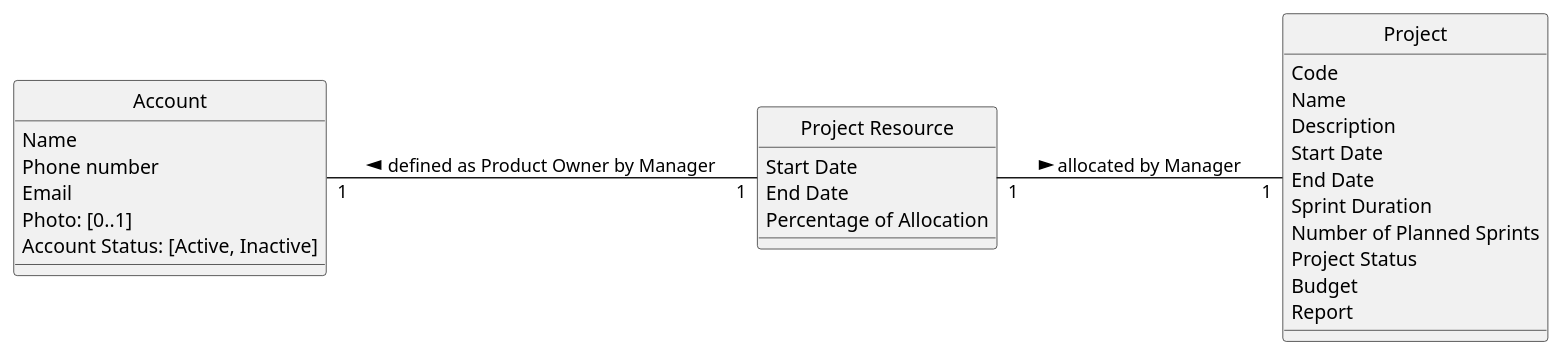
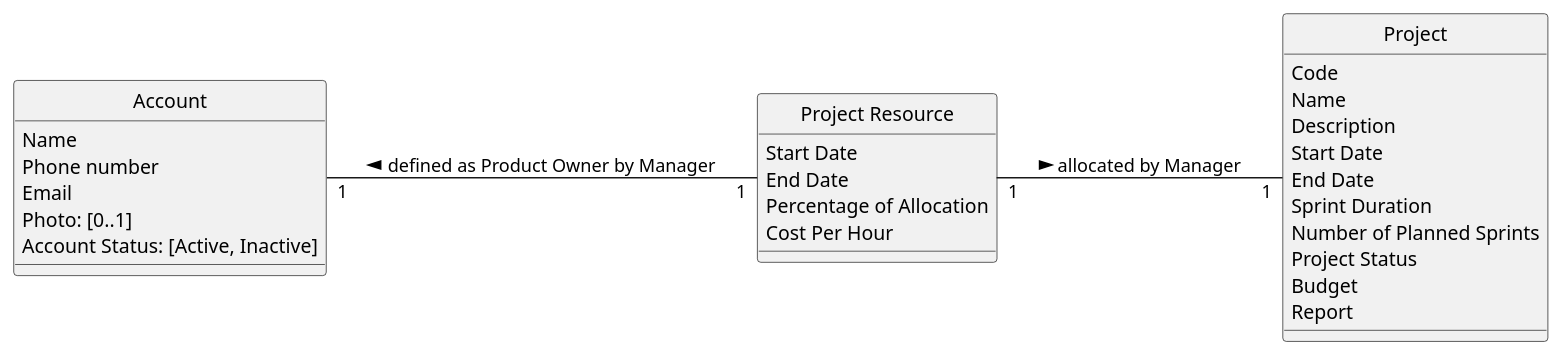
The diagram in docs/modelling_design/user_stories/us012/US012_DefinePOofProjectDMD.puml (ivo-menezes/project_g3), drawn with PlantUML before and after one commit.

Commit message:
US012: Analysis: Corrected DMD

```diff
--- a/docs/modelling_design/user_stories/us012/US012_DefinePOofProjectDMD.puml
+++ b/docs/modelling_design/user_stories/us012/US012_DefinePOofProjectDMD.puml
@@ -1,37 +1,38 @@
 @startuml
 skinparam style strictuml
 left to right direction
 skinparam groupInheritance 3
 
 class "Account" {
 Name
 Phone number
 Email
 Photo: [0..1]
 'the [0..1] in Photo indicates an optional value, see Craig 2004, p.121
 Account Status: [Active, Inactive]
 }
 
 class "Project Resource" {
 Start Date
 End Date
 Percentage of Allocation
+Cost Per Hour
 }
 
 class "Project" {
 Code
 Name
 Description
 Start Date
 End Date
 Sprint Duration
 Number of Planned Sprints
 Project Status
 Budget
 Report
 }
 
 "Account" "1" -down- "1" "Project Resource": defined as Product Owner by Manager   <
 "Project" "1" -up- "1" "Project Resource": allocated by Manager  <
 
 @enduml
```
